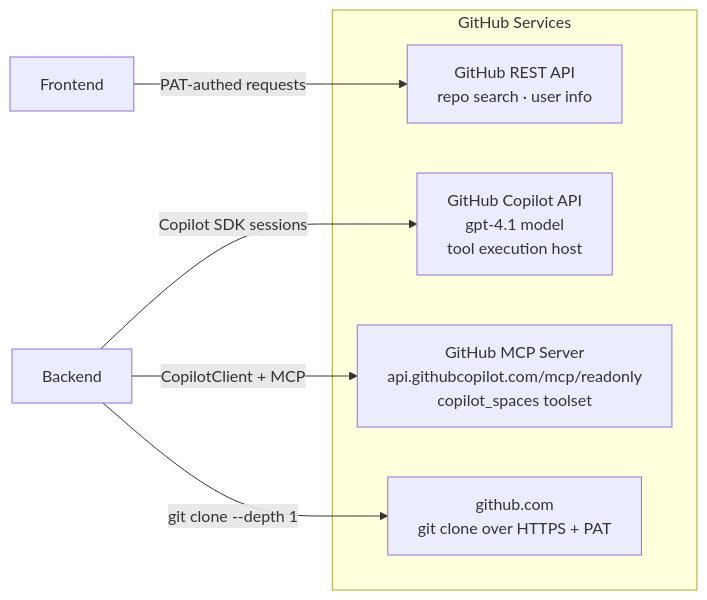
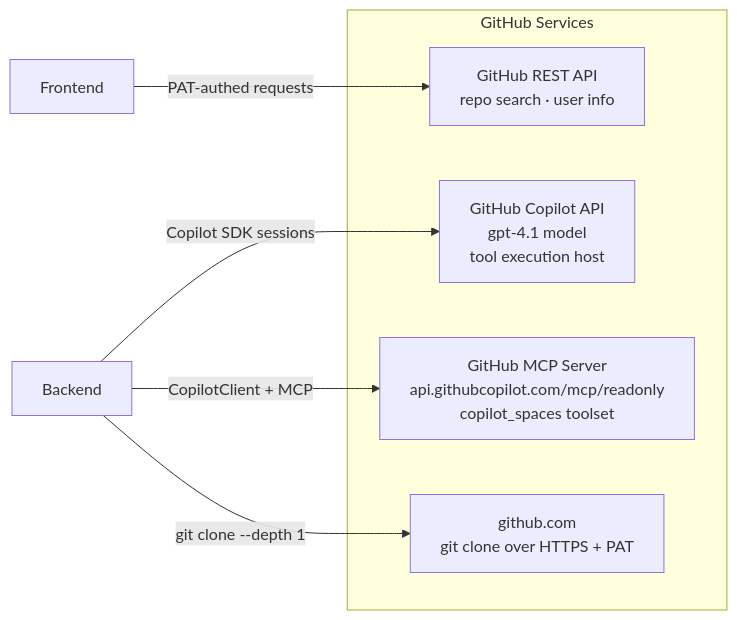
One commit to gherrerz/agentic-web-spec changed the fifth of 7 diagrams in ARCHITECTURE.md. Above: the diagram before and after it, drawn with Mermaid. The commit also changed other lines of this file, not shown here.

Commit message:
docs: mejora legibilidad de diagramas mermaid

````diff
--- a/ARCHITECTURE.md
+++ b/ARCHITECTURE.md
@@ -134,14 +138,15 @@
 ```mermaid
+%%{init: {'flowchart': {'nodeSpacing': 55, 'rankSpacing': 65, 'htmlLabels': true}}}%%
 flowchart LR
     subgraph GitHub["GitHub Services"]
-        GitHubAPI["GitHub REST API\nrepo search · user info"]
-        CopilotAPI["GitHub Copilot API\ngpt-4.1 model\ntool execution host"]
-        CopilotSpacesMCP["GitHub MCP Server\napi.githubcopilot.com/mcp/readonly\ncopilot_spaces toolset"]
-        GitRemote["github.com\ngit clone over HTTPS + PAT"]
+        GitHubAPI["GitHub REST API<br/>repo search · user info"]
+        CopilotAPI["GitHub Copilot API<br/>gpt-4.1 model<br/>tool execution host"]
+        CopilotSpacesMCP["GitHub MCP Server<br/>api.githubcopilot.com/mcp/readonly<br/>copilot_spaces toolset"]
+        GitRemote["github.com<br/>git clone over HTTPS + PAT"]
     end
 
     Browser["Frontend"] -- "PAT-authed requests" --> GitHubAPI
     Backend["Backend"] -- "Copilot SDK sessions" --> CopilotAPI
     Backend -- "git clone --depth 1" --> GitRemote
     Backend -- "CopilotClient + MCP" --> CopilotSpacesMCP
 ```
````
